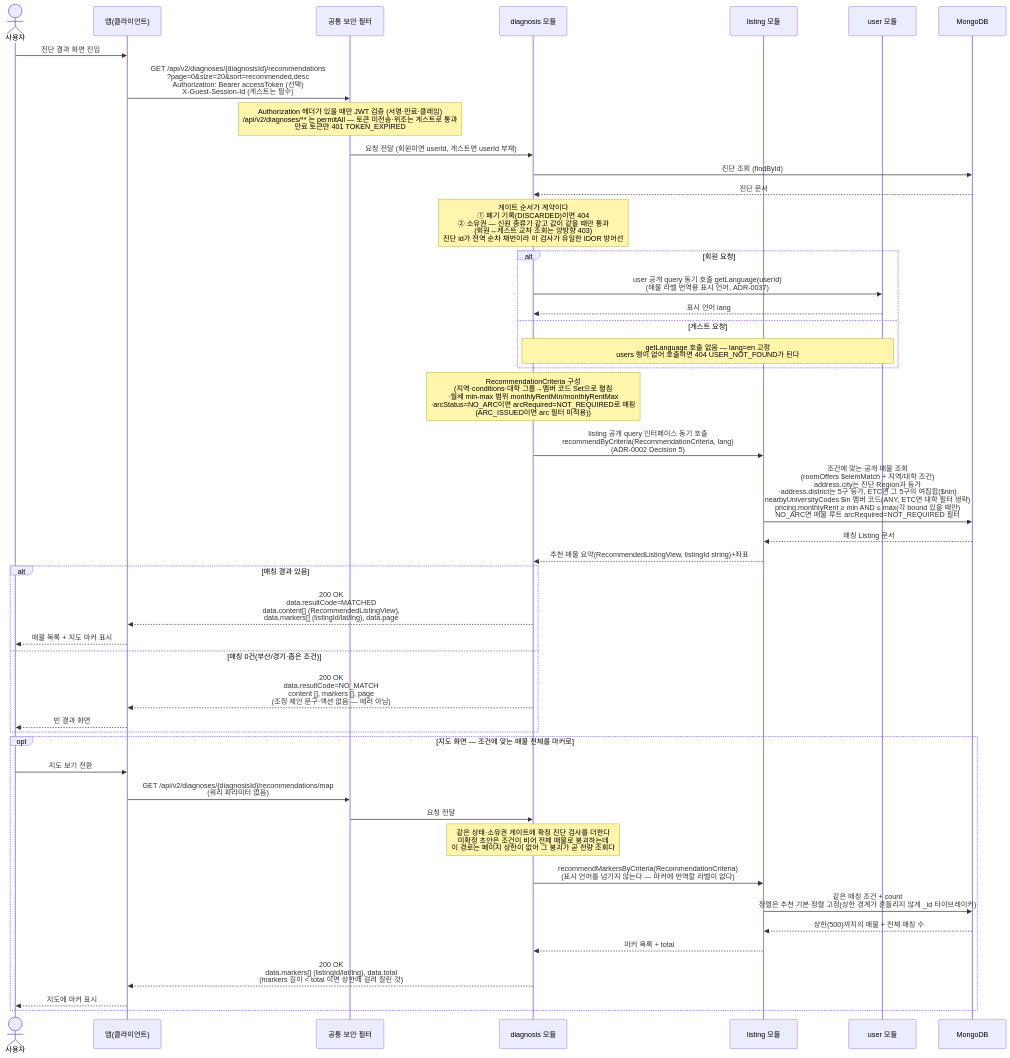
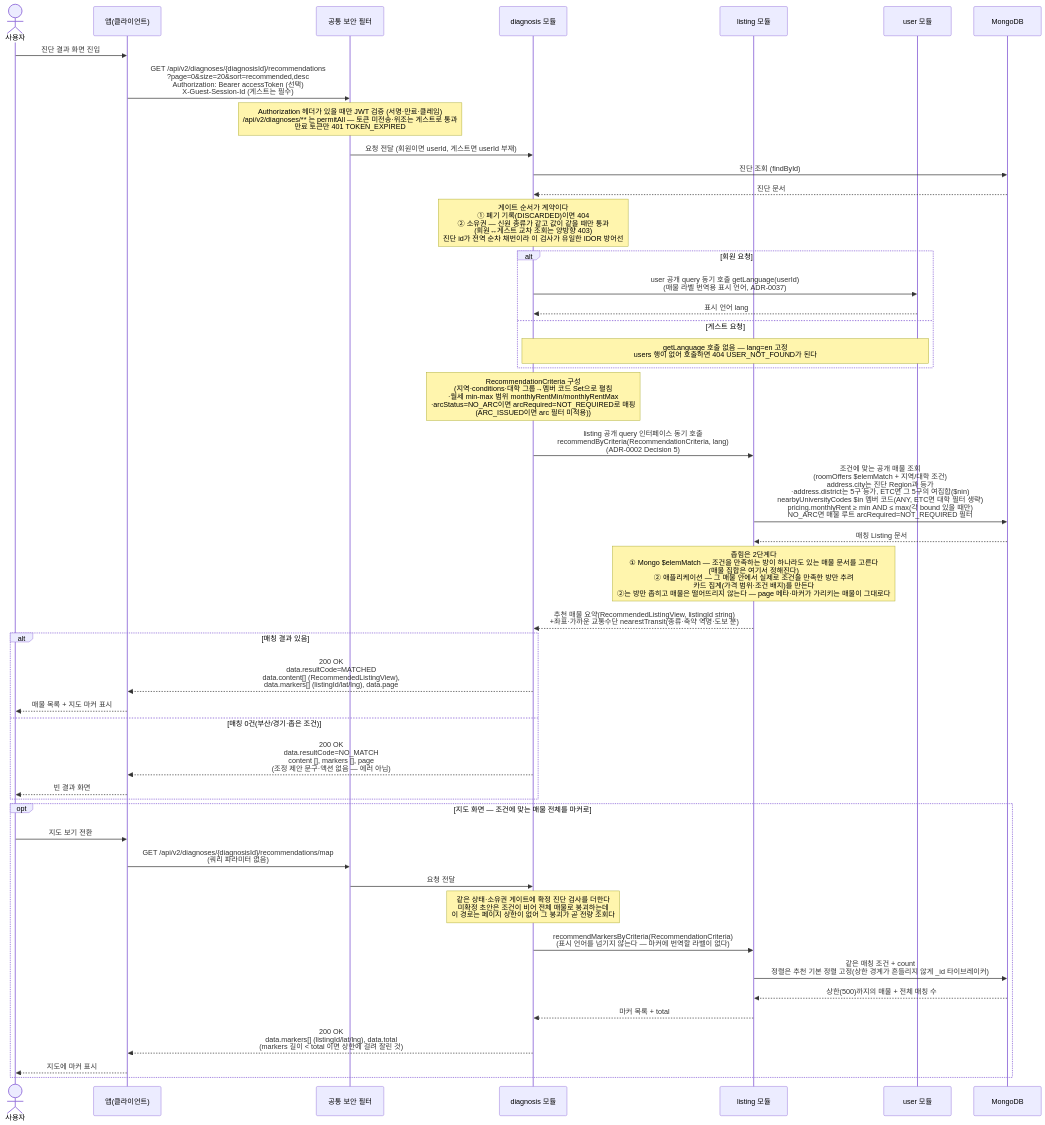
One commit to jameskim9509/Kohere-backend changed the diagram in docs/architecture/sequence-diagrams/02-diagnosis-recommendation/us-2-2-recommendations.md. Above: the diagram before and after it, drawn with Mermaid. The commit also changed other lines of this file and 32 other files, not shown here.

````diff
--- a/docs/architecture/sequence-diagrams/02-diagnosis-recommendation/us-2-2-recommendations.md
+++ b/docs/architecture/sequence-diagrams/02-diagnosis-recommendation/us-2-2-recommendations.md
@@ -5,49 +5,50 @@
 ```mermaid
 sequenceDiagram
     actor U as 사용자
     participant C as 앱(클라이언트)
     participant SEC as 공통 보안 필터
     participant DIAG as diagnosis 모듈
     participant LIST as listing 모듈
     participant USER as user 모듈
     participant DB as MongoDB
 
     U->>C: 진단 결과 화면 진입
     C->>SEC: GET /api/v2/diagnoses/{diagnosisId}/recommendations<br/>?page=0&size=20&sort=recommended,desc<br/>Authorization: Bearer accessToken (선택)<br/>X-Guest-Session-Id (게스트는 필수)
     Note over SEC: Authorization 헤더가 있을 때만 JWT 검증 (서명·만료·클레임)<br/>/api/v2/diagnoses/** 는 permitAll — 토큰 미전송·위조는 게스트로 통과<br/>만료 토큰만 401 TOKEN_EXPIRED
     SEC->>DIAG: 요청 전달 (회원이면 userId, 게스트면 userId 부재)
     DIAG->>DB: 진단 조회 (findById)
     DB-->>DIAG: 진단 문서
     Note over DIAG: 게이트 순서가 계약이다<br/>① 폐기 기록(DISCARDED)이면 404<br/>② 소유권 — 신원 종류가 같고 값이 같을 때만 통과<br/>(회원↔게스트 교차 조회는 양방향 403)<br/>진단 id가 전역 순차 채번이라 이 검사가 유일한 IDOR 방어선
     alt 회원 요청
         DIAG->>USER: user 공개 query 동기 호출 getLanguage(userId)<br/>(매물 라벨 번역용 표시 언어, ADR-0037)
         USER-->>DIAG: 표시 언어 lang
     else 게스트 요청
         Note over DIAG,USER: getLanguage 호출 없음 — lang=en 고정<br/>users 행이 없어 호출하면 404 USER_NOT_FOUND가 된다
     end
     Note over DIAG: RecommendationCriteria 구성<br/>(지역·conditions·대학 그룹→멤버 코드 Set으로 펼침<br/>·월세 min-max 범위 monthlyRentMin/monthlyRentMax<br/>·arcStatus=NO_ARC이면 arcRequired=NOT_REQUIRED로 매핑<br/>(ARC_ISSUED이면 arc 필터 미적용))
     DIAG->>LIST: listing 공개 query 인터페이스 동기 호출<br/>recommendByCriteria(RecommendationCriteria, lang)<br/>(ADR-0002 Decision 5)
     LIST->>DB: 조건에 맞는 공개 매물 조회<br/>(roomOffers $elemMatch + 지역/대학 조건)<br/>address.city는 진단 Region과 등가<br/>·address.district는 5구 등가, ETC면 그 5구의 여집합($nin)<br/>nearbyUniversityCodes $in 멤버 코드(ANY, ETC면 대학 필터 생략)<br/>pricing.monthlyRent ≥ min AND ≤ max(각 bound 있을 때만)<br/>NO_ARC면 매물 루트 arcRequired=NOT_REQUIRED 필터
     DB-->>LIST: 매칭 Listing 문서
-    LIST-->>DIAG: 추천 매물 요약(RecommendedListingView, listingId string)+좌표
+    Note over LIST: 좁힘은 2단계다<br/>① Mongo $elemMatch — 조건을 만족하는 방이 하나라도 있는 매물 문서를 고른다<br/>(매물 집합은 여기서 정해진다)<br/>② 애플리케이션 — 그 매물 안에서 실제로 조건을 만족한 방만 추려<br/>카드 집계(가격 범위·조건 배지)를 만든다<br/>②는 방만 좁히고 매물은 떨어뜨리지 않는다 — page 메타·마커가 가리키는 매물이 그대로다
+    LIST-->>DIAG: 추천 매물 요약(RecommendedListingView, listingId string)<br/>+좌표·가까운 교통수단 nearestTransit(종류·축약 역명·도보 분)
     alt 매칭 결과 있음
         DIAG-->>C: 200 OK<br/>data.resultCode=MATCHED<br/>data.content[] (RecommendedListingView),<br/>data.markers[] (listingId/lat/lng), data.page
         C-->>U: 매물 목록 + 지도 마커 표시
     else 매칭 0건(부산/경기·좁은 조건)
         DIAG-->>C: 200 OK<br/>data.resultCode=NO_MATCH<br/>content [], markers [], page<br/>(조정 제안 문구·액션 없음 — 에러 아님)
         C-->>U: 빈 결과 화면
     end
 
     opt 지도 화면 — 조건에 맞는 매물 전체를 마커로
         U->>C: 지도 보기 전환
         C->>SEC: GET /api/v2/diagnoses/{diagnosisId}/recommendations/map<br/>(쿼리 파라미터 없음)
         SEC->>DIAG: 요청 전달
         Note over DIAG: 같은 상태·소유권 게이트에 확정 진단 검사를 더한다<br/>미확정 초안은 조건이 비어 전체 매물로 붕괴하는데<br/>이 경로는 페이지 상한이 없어 그 붕괴가 곧 전량 조회다
         DIAG->>LIST: recommendMarkersByCriteria(RecommendationCriteria)<br/>(표시 언어를 넘기지 않는다 — 마커에 번역할 라벨이 없다)
         LIST->>DB: 같은 매칭 조건 + count<br/>정렬은 추천 기본 정렬 고정(상한 경계가 흔들리지 않게 _id 타이브레이커)
         DB-->>LIST: 상한(500)까지의 매물 + 전체 매칭 수
         LIST-->>DIAG: 마커 목록 + total
         DIAG-->>C: 200 OK<br/>data.markers[] (listingId/lat/lng), data.total<br/>(markers 길이 < total 이면 상한에 걸려 잘린 것)
         C-->>U: 지도에 마커 표시
     end
 ```
````
